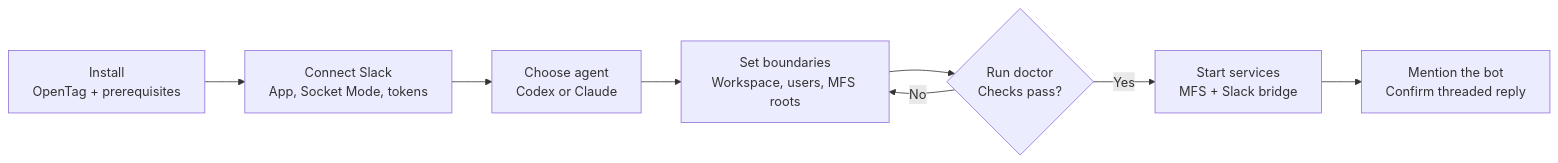
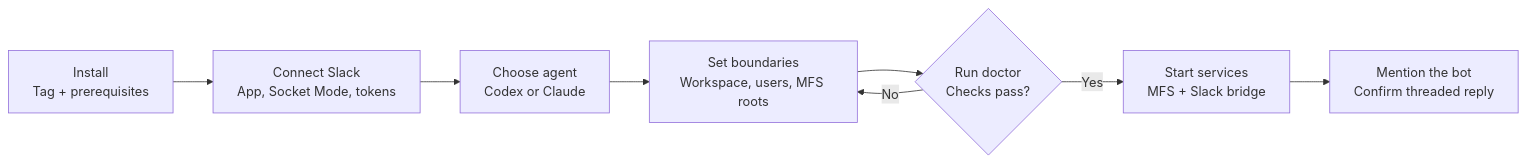
One commit to klovr-co/hover-tag changed the third of 19 diagrams in docs/user-flows.md. Above: the diagram before and after it, drawn with Mermaid. The commit also changed other lines of this file and 23 other files, not shown here.

````diff
--- a/docs/user-flows.md
+++ b/docs/user-flows.md
@@ -115,14 +115,14 @@
 ```mermaid
 flowchart LR
-    Install["Install<br/>OpenTag + prerequisites"]
+    Install["Install<br/>Tag + prerequisites"]
     Slack["Connect Slack<br/>App, Socket Mode, tokens"]
     Agent["Choose agent<br/>Codex or Claude"]
     Guardrails["Set boundaries<br/>Workspace, users, MFS roots"]
     Doctor{"Run doctor<br/>Checks pass?"}
     Start["Start services<br/>MFS + Slack bridge"]
     Test["Mention the bot<br/>Confirm threaded reply"]
 
     Install --> Slack --> Agent --> Guardrails --> Doctor
     Doctor -->|No| Guardrails
     Doctor -->|Yes| Start --> Test
 ```
````
